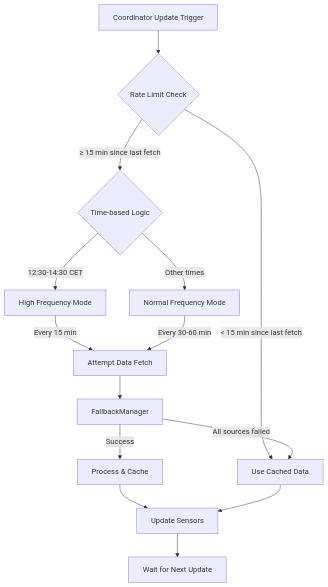
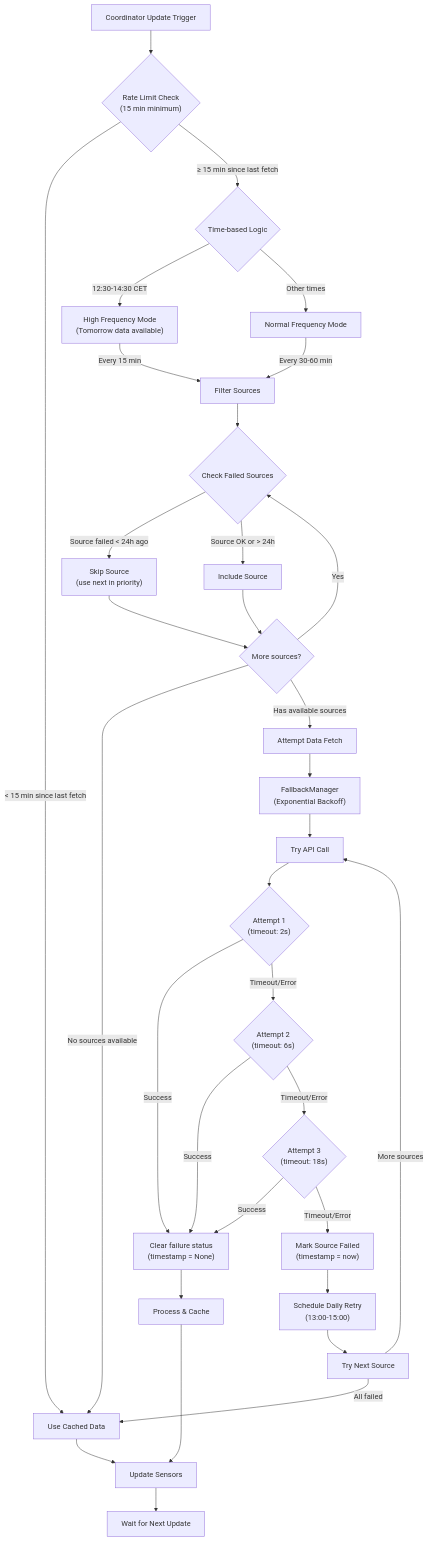
The second of 4 diagrams in README.md (enoch85/ge-spot), drawn with Mermaid before and after one commit. The commit also changed other lines of this file and 1 other file, not shown here.

First line of the commit message:
Update README Mermaid diagrams for v1.3.3 architecture + fix duplicate timezone service

````diff
--- a/README.md
+++ b/README.md
@@ -530,22 +544,47 @@
 ```mermaid
 flowchart TD
-    Start["Coordinator Update Trigger"] --> RateCheck{"Rate Limit Check"}
+    Start["Coordinator Update Trigger"] --> RateCheck{"Rate Limit Check<br/>(15 min minimum)"}
     
     RateCheck --> |"< 15 min since last fetch"| UseCache["Use Cached Data"]
     RateCheck --> |"≥ 15 min since last fetch"| TimeCheck{"Time-based Logic"}
     
-    TimeCheck --> |"12:30-14:30 CET"| HighFreq["High Frequency Mode"]
+    TimeCheck --> |"12:30-14:30 CET"| HighFreq["High Frequency Mode<br/>(Tomorrow data available)"]
     TimeCheck --> |"Other times"| NormalFreq["Normal Frequency Mode"]
     
-    HighFreq --> |"Every 15 min"| FetchData["Attempt Data Fetch"]
-    NormalFreq --> |"Every 30-60 min"| FetchData
+    HighFreq --> |"Every 15 min"| FilterSources["Filter Sources"]
+    NormalFreq --> |"Every 30-60 min"| FilterSources
     
-    FetchData --> FallbackMgr["FallbackManager"]
-    FallbackMgr --> |"Success"| ProcessData["Process & Cache"]
-    FallbackMgr --> |"All sources failed"| UseCache
+    FilterSources --> CheckFailed{"Check Failed Sources"}
+    CheckFailed --> |"Source failed < 24h ago"| SkipSource["Skip Source<br/>(use next in priority)"]
+    CheckFailed --> |"Source OK or > 24h"| IncludeSource["Include Source"]
     
+    SkipSource --> MoreSources{"More sources?"}
+    IncludeSource --> MoreSources
+    
+    MoreSources --> |"Yes"| CheckFailed
+    MoreSources --> |"No sources available"| UseCache
+    MoreSources --> |"Has available sources"| FetchData["Attempt Data Fetch"]
+    
+    FetchData --> FallbackMgr["FallbackManager<br/>(Exponential Backoff)"]
+    
+    FallbackMgr --> AttemptAPI["Try API Call"]
+    AttemptAPI --> Attempt1{"Attempt 1<br/>(timeout: 2s)"}
+    Attempt1 --> |"Success"| MarkSuccess["Clear failure status<br/>(timestamp = None)"]
+    Attempt1 --> |"Timeout/Error"| Attempt2{"Attempt 2<br/>(timeout: 6s)"}
+    Attempt2 --> |"Success"| MarkSuccess
+    Attempt2 --> |"Timeout/Error"| Attempt3{"Attempt 3<br/>(timeout: 18s)"}
+    Attempt3 --> |"Success"| MarkSuccess
+    Attempt3 --> |"Timeout/Error"| SourceFailed["Mark Source Failed<br/>(timestamp = now)"]
+    
+    SourceFailed --> DailyRetry["Schedule Daily Retry<br/>(13:00-15:00)"]
+    DailyRetry --> TryNext["Try Next Source"]
+    
+    TryNext --> |"More sources"| AttemptAPI
+    TryNext --> |"All failed"| UseCache
+    
+    MarkSuccess --> ProcessData["Process & Cache"]
     ProcessData --> UpdateSensors["Update Sensors"]
     UseCache --> UpdateSensors
     
     UpdateSensors --> End["Wait for Next Update"]
 ```
````
